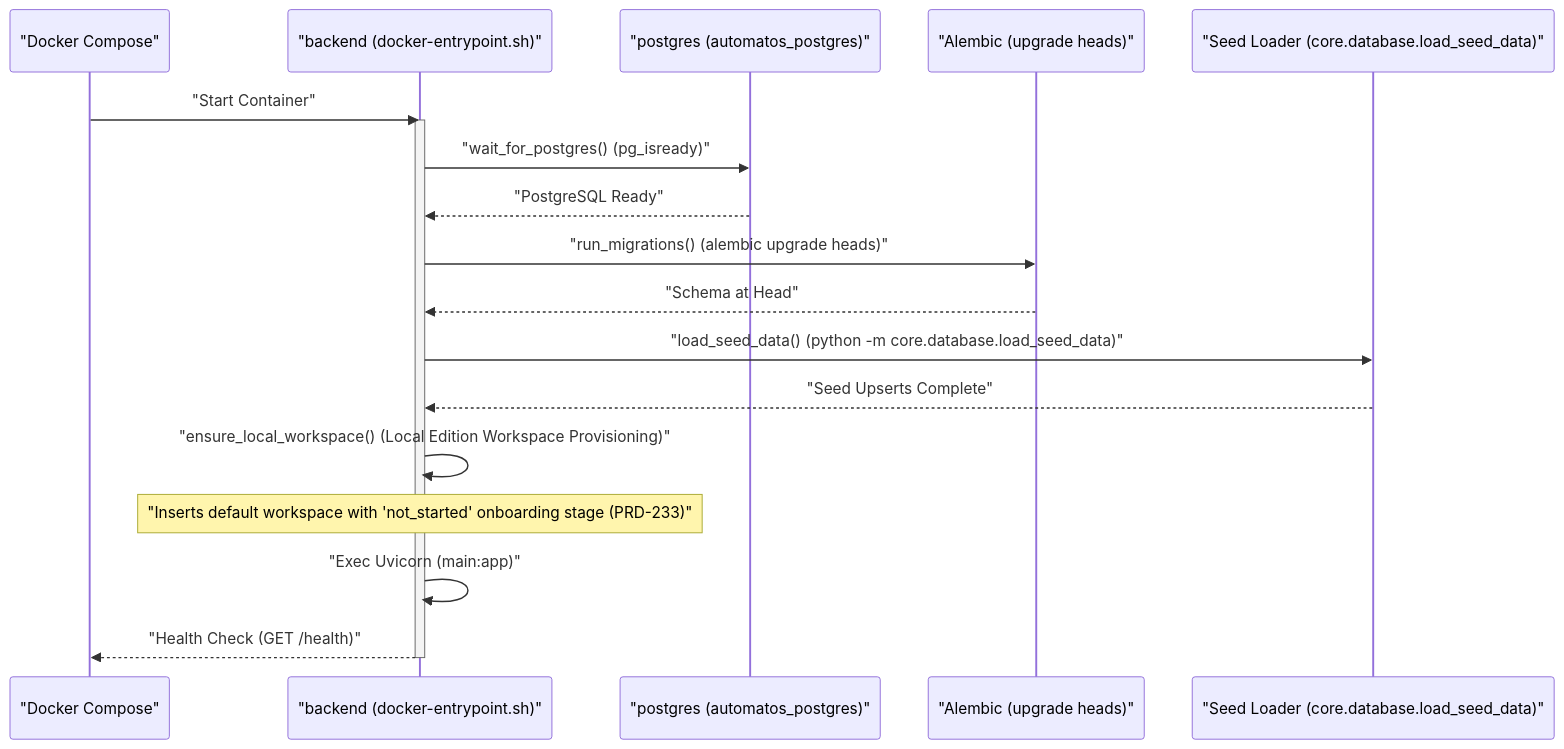
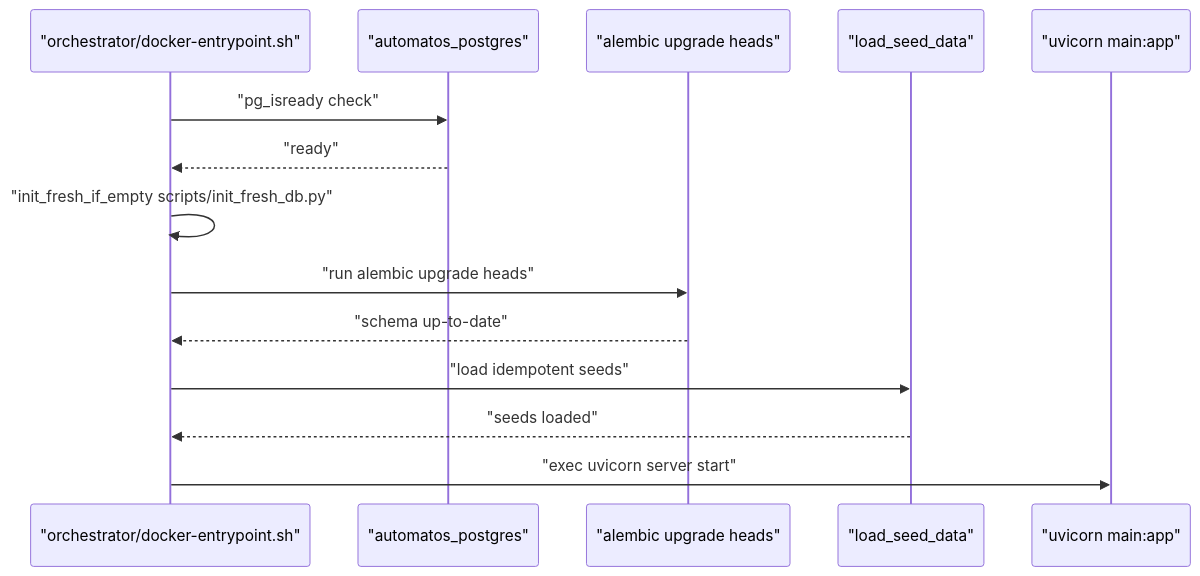
The second of 3 diagrams in docs/getting-started/installation-setup.md (AutomatosAI/automatos-ai), drawn with Mermaid before and after one commit. The commit also changed other lines of this file and 188 other files, not shown here.

First line of the commit message:
docs: refresh architecture docs and add coverage for new subsystems (#1416)

````diff
--- a/docs/getting-started/installation-setup.md
+++ b/docs/getting-started/installation-setup.md
@@ -112,26 +190,17 @@
 ```mermaid
 sequenceDiagram
-    participant DC as "Docker Compose"
-    participant BE as "backend (docker-entrypoint.sh)"
-    participant PG as "postgres (automatos_postgres)"
-    participant AL as "Alembic (upgrade heads)"
-    participant SD as "Seed Loader (core.database.load_seed_data)"
+  participant Entrypoint as "orchestrator/docker-entrypoint.sh"
+  participant Postgres as "automatos_postgres"
+  participant Alembic as "alembic upgrade heads"
+  participant Seeder as "load_seed_data"
+  participant Uvicorn as "uvicorn main:app"
 
-    DC->>BE: "Start Container"
-    activate BE
-    BE->>PG: "wait_for_postgres() (pg_isready)"
-    PG-->>BE: "PostgreSQL Ready"
-    
-    BE->>AL: "run_migrations() (alembic upgrade heads)"
-    AL-->>BE: "Schema at Head"
-    
-    BE->>SD: "load_seed_data() (python -m core.database.load_seed_data)"
-    SD-->>BE: "Seed Upserts Complete"
-    
-    BE->>BE: "ensure_local_workspace() (Local Edition Workspace Provisioning)"
-    Note over BE: "Inserts default workspace with 'not_started' onboarding stage (PRD-233)"
-
-    BE->>BE: "Exec Uvicorn (main:app)"
-    BE-->>DC: "Health Check (GET /health)"
-    deactivate BE
+  Entrypoint->>Postgres: "pg_isready check"
+  Postgres-->>Entrypoint: "ready"
+  Entrypoint->>Entrypoint: "init_fresh_if_empty scripts/init_fresh_db.py"
+  Entrypoint->>Alembic: "run alembic upgrade heads"
+  Alembic-->>Entrypoint: "schema up-to-date"
+  Entrypoint->>Seeder: "load idempotent seeds"
+  Seeder-->>Entrypoint: "seeds loaded"
+  Entrypoint->>Uvicorn: "exec uvicorn server start"
 ```
````
